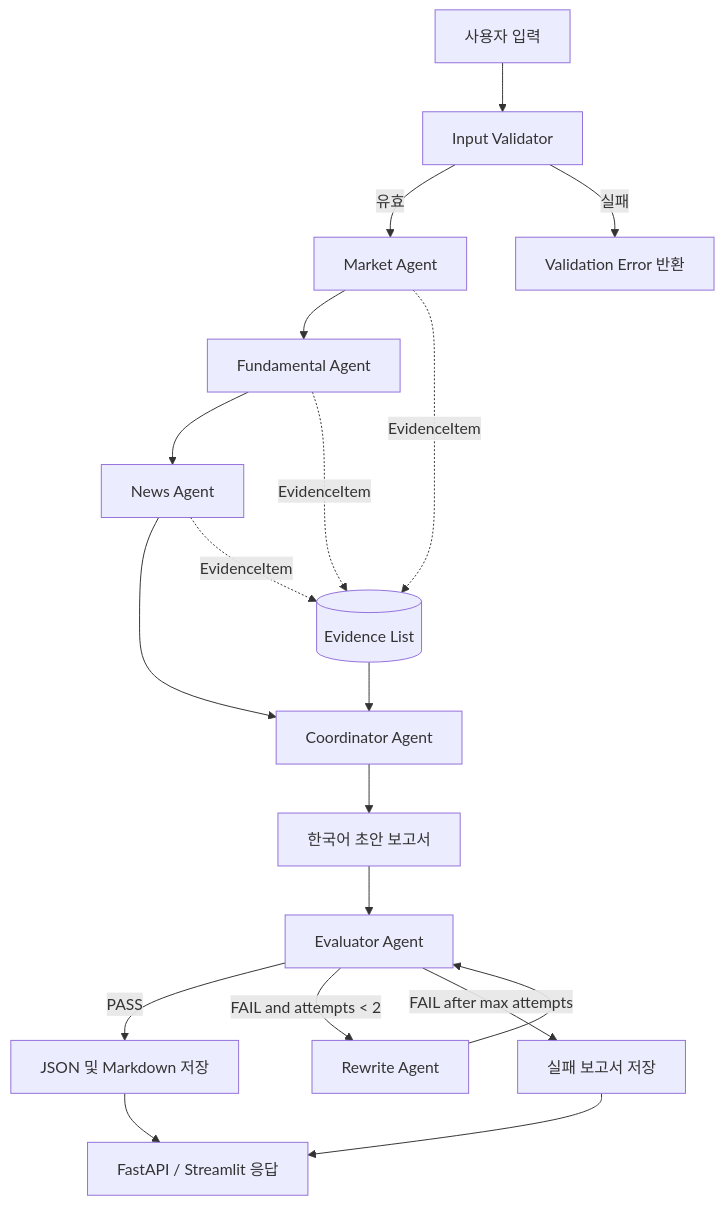
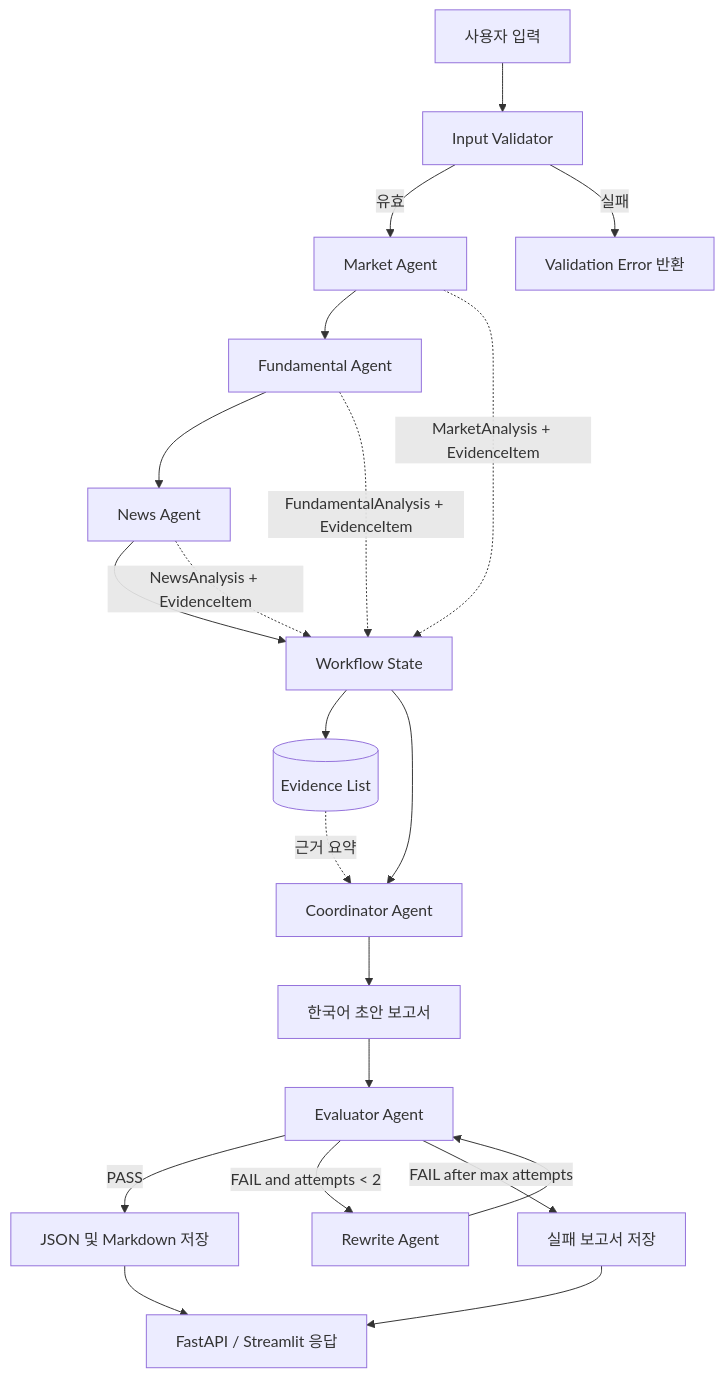
One commit to hyunn9799/FinSight_Guard changed the first of 2 diagrams in README.md. Above: the diagram before and after it, drawn with Mermaid.

Commit message:
README update

````diff
--- a/README.md
+++ b/README.md
@@ -49,26 +49,29 @@
 ```mermaid
 flowchart TD
     U[사용자 입력] --> V[Input Validator]
     V -->|유효| M[Market Agent]
     V -->|실패| E1[Validation Error 반환]
 
     M --> F[Fundamental Agent]
     F --> N[News Agent]
-    N --> C[Coordinator Agent]
+    N --> ST[Workflow State]
 
-    M -. EvidenceItem .-> EV[(Evidence List)]
-    F -. EvidenceItem .-> EV
-    N -. EvidenceItem .-> EV
-    EV --> C
+    M -. MarketAnalysis + EvidenceItem .-> ST
+    F -. FundamentalAnalysis + EvidenceItem .-> ST
+    N -. NewsAnalysis + EvidenceItem .-> ST
+
+    ST --> EV[(Evidence List)]
+    ST --> C[Coordinator Agent]
+    EV -. 근거 요약 .-> C
 
     C --> R[한국어 초안 보고서]
     R --> Q[Evaluator Agent]
 
     Q -->|PASS| S[JSON 및 Markdown 저장]
     Q -->|FAIL and attempts < 2| W[Rewrite Agent]
     W --> Q
     Q -->|FAIL after max attempts| SF[실패 보고서 저장]
 
     S --> API[FastAPI / Streamlit 응답]
     SF --> API
 ```
````
